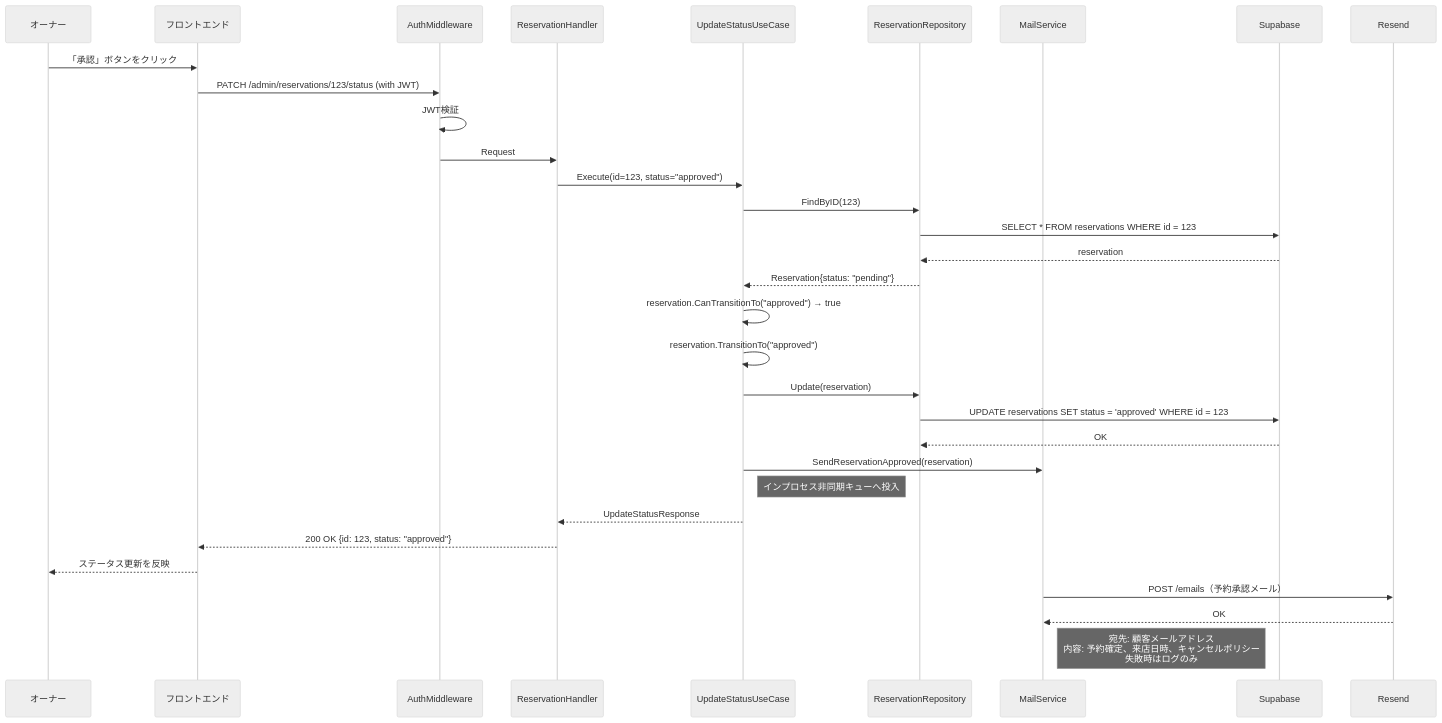
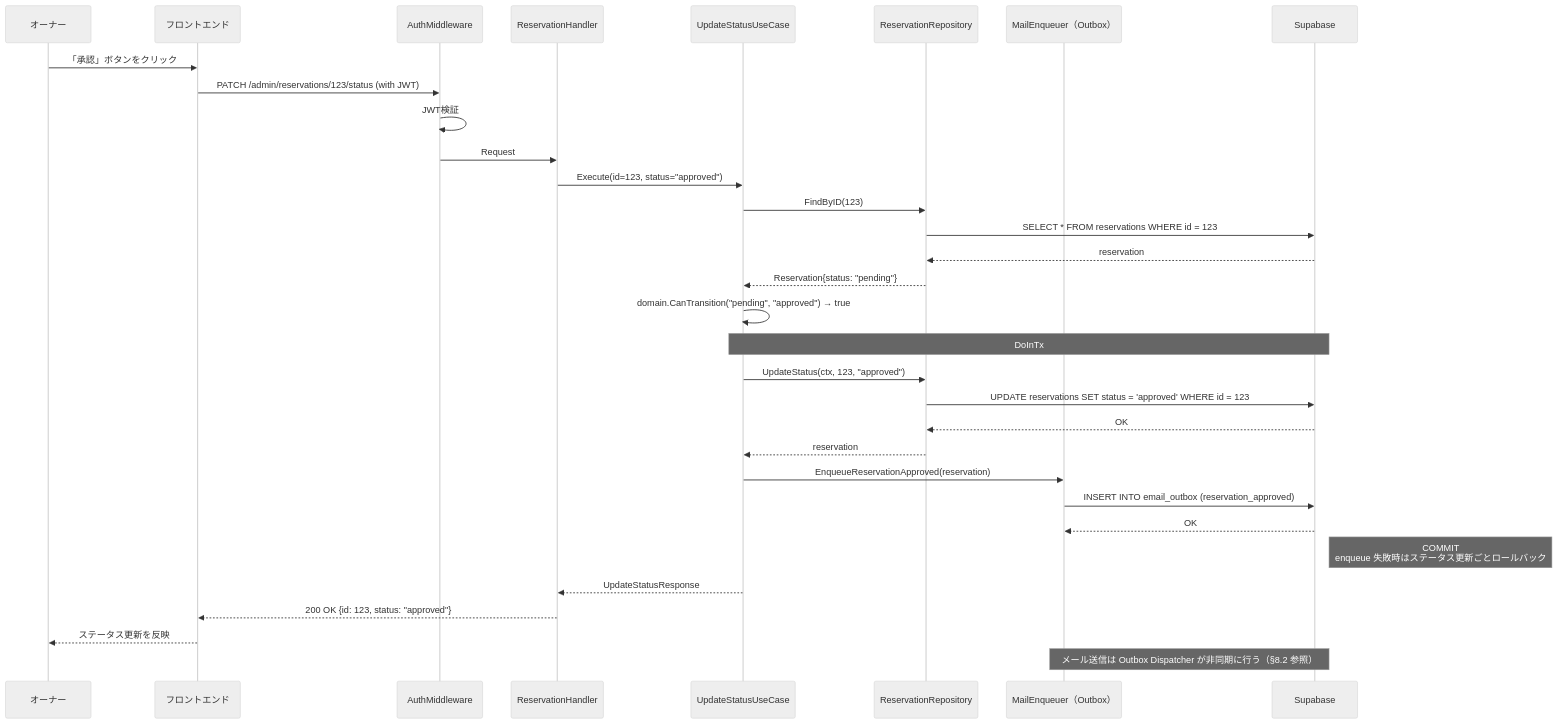
The eighth of 15 diagrams in docs/sequence.md (cergijame101007/satehits), drawn with Mermaid (neutral theme) before and after one commit. The commit also changed other lines of this file, not shown here.

Commit message:
docs: シーケンス図を Outbox・レート制限・実装のメソッド名に合わせる

````diff
--- a/docs/sequence.md
+++ b/docs/sequence.md
@@ -295,42 +344,43 @@
 ```mermaid
 sequenceDiagram
     participant Owner as オーナー
     participant Frontend as フロントエンド
     participant Middleware as AuthMiddleware
     participant Handler as ReservationHandler
     participant UseCase as UpdateStatusUseCase
     participant ReservationRepo as ReservationRepository
-    participant MailService as MailService
+    participant Outbox as MailEnqueuer（Outbox）
     participant DB as Supabase
-    participant Resend as Resend
 
     Owner->>Frontend: 「承認」ボタンをクリック
     Frontend->>Middleware: PATCH /admin/reservations/123/status (with JWT)
     
     Middleware->>Middleware: JWT検証
     Middleware->>Handler: Request
     
     Handler->>UseCase: Execute(id=123, status="approved")
     
     UseCase->>ReservationRepo: FindByID(123)
     ReservationRepo->>DB: SELECT * FROM reservations WHERE id = 123
     DB-->>ReservationRepo: reservation
     ReservationRepo-->>UseCase: Reservation{status: "pending"}
     
-    UseCase->>UseCase: reservation.CanTransitionTo("approved") → true
-    UseCase->>UseCase: reservation.TransitionTo("approved")
+    UseCase->>UseCase: domain.CanTransition("pending", "approved") → true
     
-    UseCase->>ReservationRepo: Update(reservation)
+    Note over UseCase,DB: DoInTx
+    UseCase->>ReservationRepo: UpdateStatus(ctx, 123, "approved")
     ReservationRepo->>DB: UPDATE reservations SET status = 'approved' WHERE id = 123
     DB-->>ReservationRepo: OK
+    ReservationRepo-->>UseCase: reservation
     
-    UseCase->>MailService: SendReservationApproved(reservation)
-    Note right of UseCase: インプロセス非同期キューへ投入
+    UseCase->>Outbox: EnqueueReservationApproved(reservation)
+    Outbox->>DB: INSERT INTO email_outbox (reservation_approved)
+    DB-->>Outbox: OK
+    Note right of DB: COMMIT<br>enqueue 失敗時はステータス更新ごとロールバック
+    
     UseCase-->>Handler: UpdateStatusResponse
     Handler-->>Frontend: 200 OK {id: 123, status: "approved"}
     Frontend-->>Owner: ステータス更新を反映
 
-    MailService->>Resend: POST /emails（予約承認メール）
-    Resend-->>MailService: OK
-    Note right of MailService: 宛先: 顧客メールアドレス<br>内容: 予約確定、来店日時、キャンセルポリシー<br>失敗時はログのみ
+    Note over Outbox,DB: メール送信は Outbox Dispatcher が非同期に行う（§8.2 参照）
 ```
````
